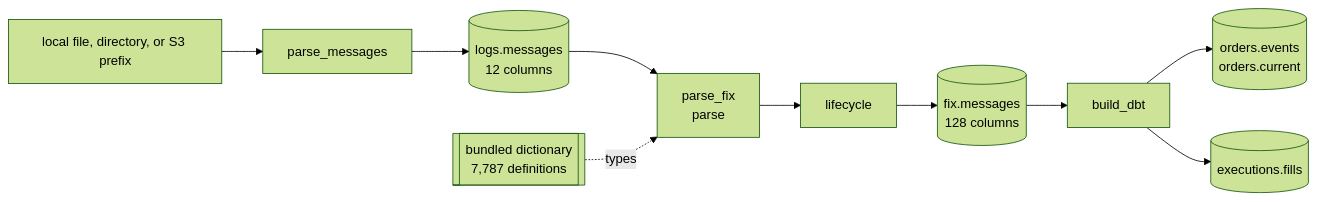
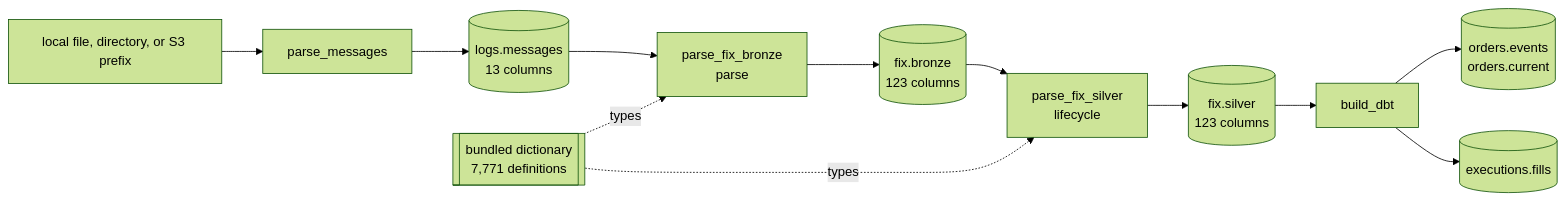
One commit to Platob/yggfin changed the diagram in docs/pipeline/index.md. Above: the diagram before and after it, drawn with Mermaid (forest theme). The commit also changed other lines of this file and 1653 other files, not shown here.

````diff
--- a/docs/pipeline/index.md
+++ b/docs/pipeline/index.md
@@ -6,12 +6,14 @@
 ```mermaid
 flowchart LR
     U["local file, directory, or S3 prefix"] --> T["parse_messages"]
-    T --> M[("logs.messages<br/>12 columns")]
-    M --> F["parse_fix<br/>parse"]
-    R[["bundled dictionary<br/>7,787 definitions"]] -.types.-> F
-    F --> L["lifecycle"]
-    L --> X[("fix.messages<br/>128 columns")]
-    X --> B["build_dbt"]
+    T --> M[("logs.messages<br/>13 columns")]
+    M --> F["parse_fix_bronze<br/>parse"]
+    R[["bundled dictionary<br/>7,771 definitions"]] -.types.-> F
+    F --> X[("fix.bronze<br/>123 columns")]
+    X --> L["parse_fix_silver<br/>lifecycle"]
+    R -.types.-> L
+    L --> S[("fix.silver<br/>123 columns")]
+    S --> B["build_dbt"]
     B --> O[("orders.events<br/>orders.current")]
     B --> C[("executions.fills")]
 ```
````
